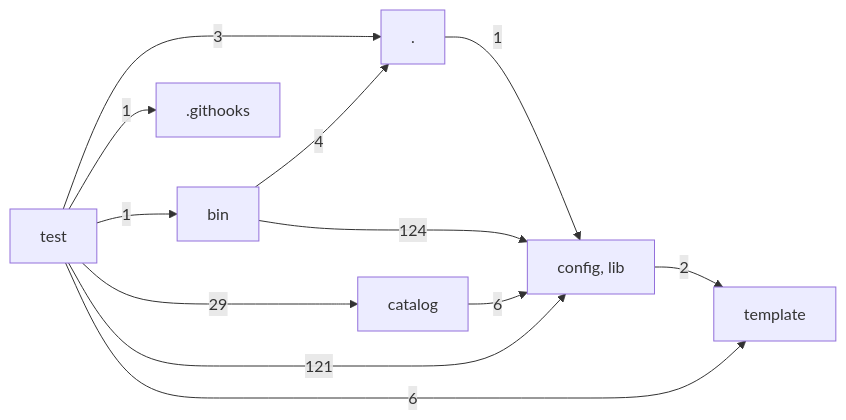
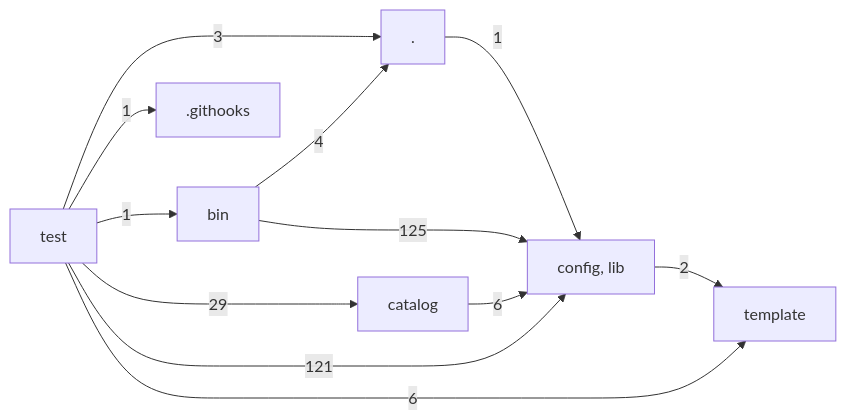
The diagram in docs/architecture/layers.md (hackersandwizards/scaffolding), drawn with Mermaid before and after one commit. The commit also changed 10 other files, not shown here.

````diff
--- a/docs/architecture/layers.md
+++ b/docs/architecture/layers.md
@@ -3,21 +3,21 @@
 ```mermaid
 graph LR
   L0["."]
   L1[".githooks"]
   L2["bin"]
   L3["catalog"]
   L4["config, lib"]
   L5["template"]
   L6["test"]
   L0 -->|1| L4
   L2 -->|4| L0
-  L2 -->|124| L4
+  L2 -->|125| L4
   L3 -->|6| L4
   L4 -->|2| L5
   L6 -->|3| L0
   L6 -->|1| L1
   L6 -->|1| L2
   L6 -->|29| L3
   L6 -->|121| L4
   L6 -->|6| L5
 ```
````
